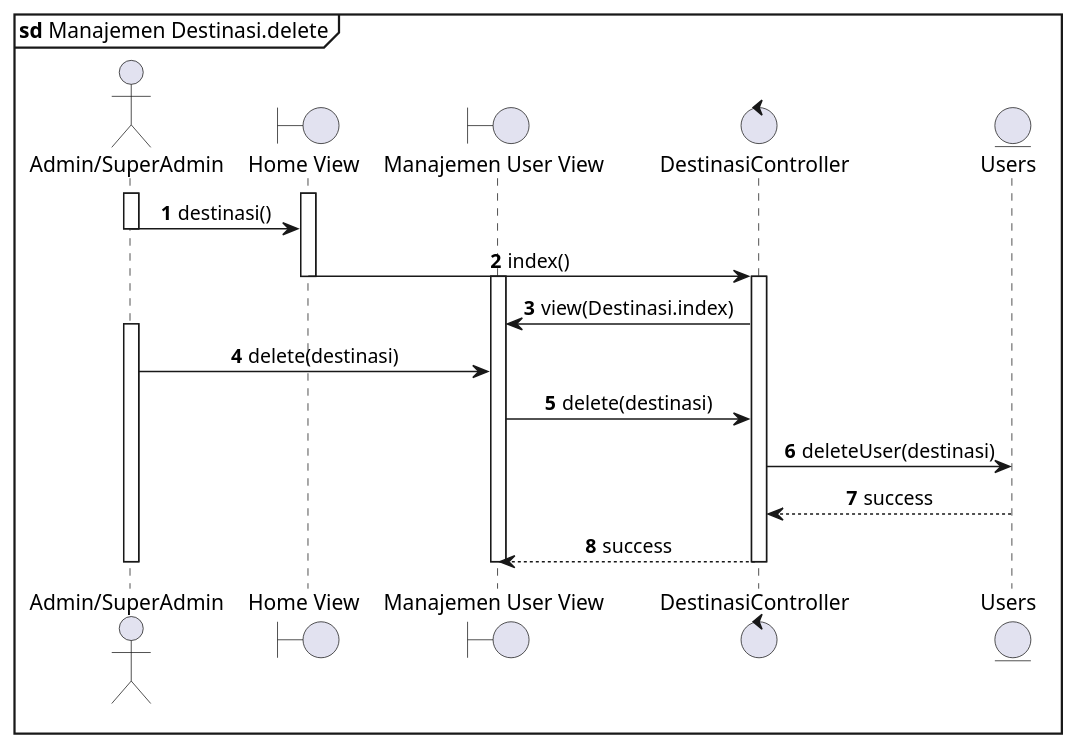
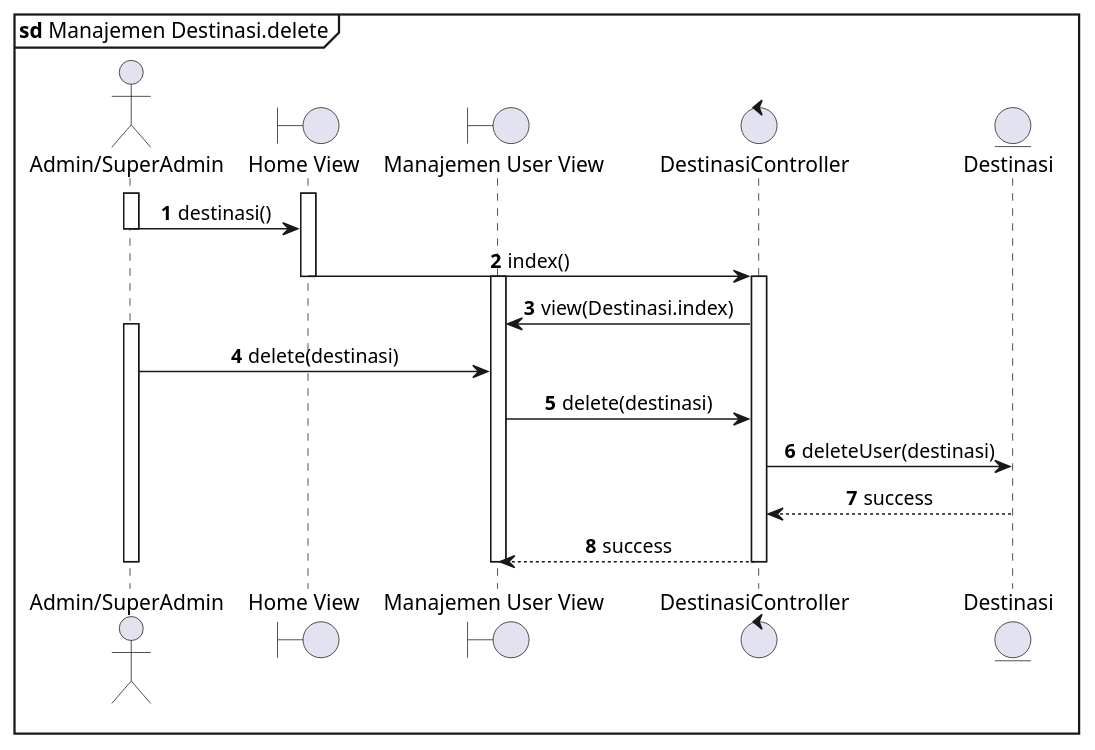
One commit to MF-Rozi/wisata-bumnag-TA changed the diagram in web/Manajemen Destinasi/manajemen-destinasi.delete.pu. Above: the diagram before and after it, drawn with PlantUML. The commit also changed 5 other files, not shown here.

```diff
--- a/web/Manajemen Destinasi/manajemen-destinasi.delete.pu
+++ b/web/Manajemen Destinasi/manajemen-destinasi.delete.pu
@@ -1,34 +1,34 @@
-@startuml Destinasi Verification Success
+@startuml Destinasi Manajemen.Delete
 mainframe **sd** Manajemen Destinasi.delete
 actor "Admin/SuperAdmin"  as User
 boundary "Home View" as HomeView
 boundary "Manajemen User View" as DestinasiView
 control DestinasiController 
-entity Users as UserModel
+entity Destinasi as DestinasiModel
 
 autonumber
 ' autoactivate on
 skinparam SequenceMessageAlignment center
 
 activate User
 activate HomeView
 User->HomeView: destinasi()
 deactivate User
 HomeView->DestinasiController: index()
 deactivate HomeView
 activate DestinasiController
 activate DestinasiView
 DestinasiController->DestinasiView: view(Destinasi.index)
 activate User
 User->DestinasiView: delete(destinasi)
 DestinasiView->DestinasiController: delete(destinasi)
-DestinasiController->UserModel: deleteUser(destinasi)
-UserModel-->DestinasiController: success
+DestinasiController->DestinasiModel: deleteUser(destinasi)
+DestinasiModel-->DestinasiController: success
 DestinasiController-->DestinasiView: success
 deactivate DestinasiController
 deactivate DestinasiView
 deactivate User
 
 
 
 @enduml
```
